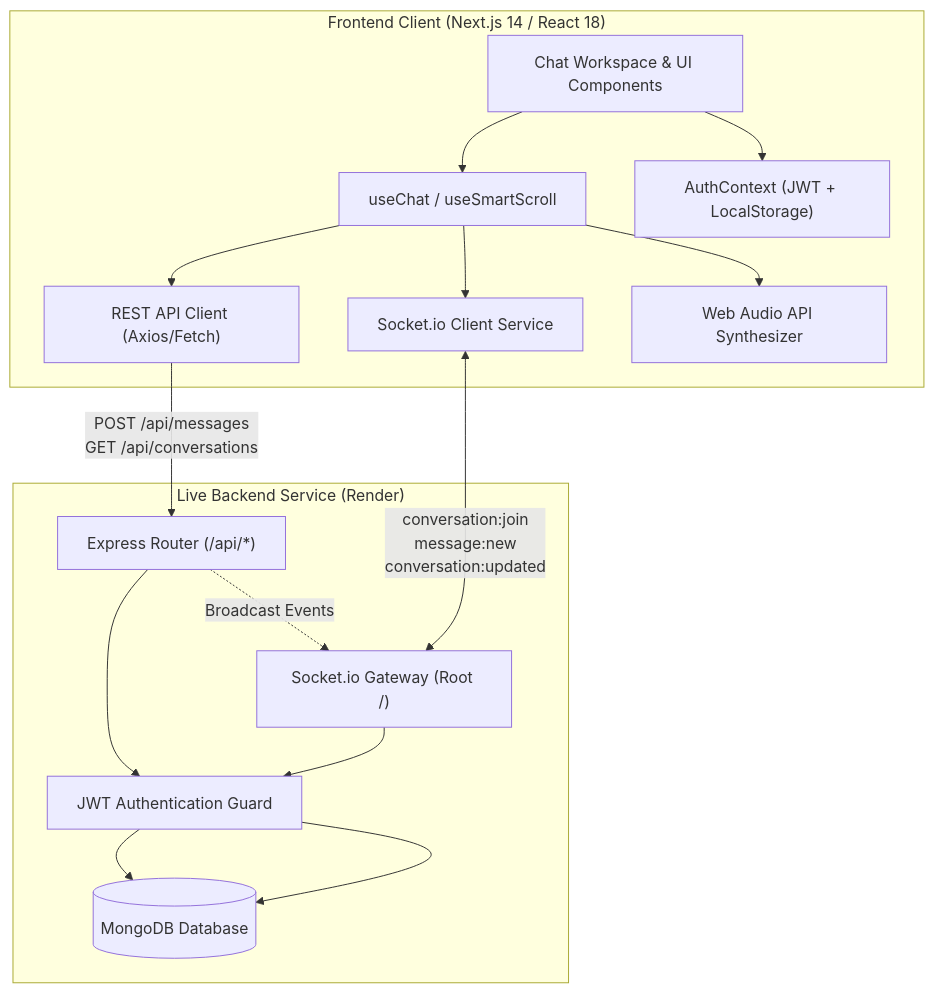
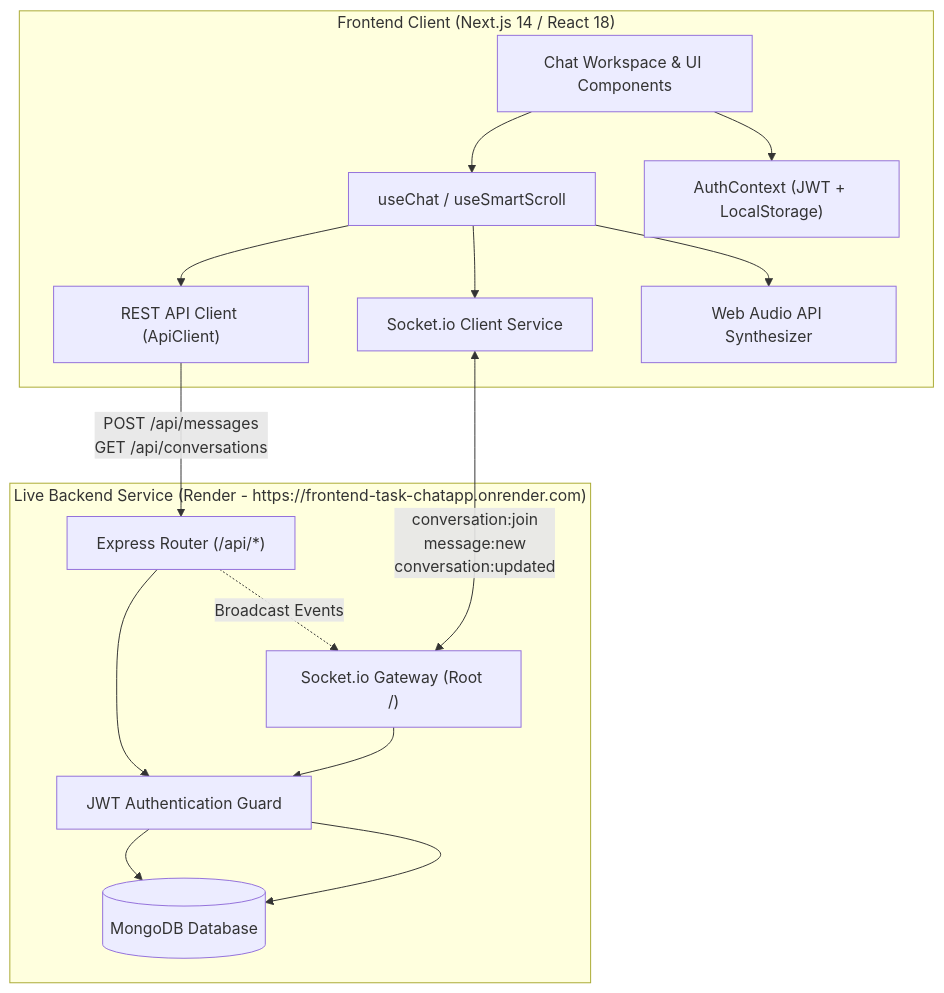
Before and after one commit to dev-abib/home-assignment: the diagram in PROJECT_OVERVIEW_AND_ARCHITECTURE.md, drawn with Mermaid. The commit also changed other lines of this file and 20 other files, not shown here.

Commit message:
chore: remove local backend, frontend now targets live Render API exclusively

````diff
--- a/PROJECT_OVERVIEW_AND_ARCHITECTURE.md
+++ b/PROJECT_OVERVIEW_AND_ARCHITECTURE.md
@@ -42,31 +42,31 @@
 ```mermaid
 flowchart TB
     subgraph Client ["Frontend Client (Next.js 14 / React 18)"]
         UI["Chat Workspace & UI Components"]
         Hooks["useChat / useSmartScroll"]
         Auth["AuthContext (JWT + LocalStorage)"]
         SoundEngine["Web Audio API Synthesizer"]
         SocketClient["Socket.io Client Service"]
-        RestClient["REST API Client (Axios/Fetch)"]
+        RestClient["REST API Client (ApiClient)"]
     end
 
-    subgraph Backend ["Live Backend Service (Render)"]
+    subgraph Backend ["Live Backend Service (Render - https://frontend-task-chatapp.onrender.com)"]
         RestRouter["Express Router (/api/*)"]
         SocketServer["Socket.io Gateway (Root /)"]
         AuthMiddleware["JWT Authentication Guard"]
         MongoDb[(MongoDB Database)]
     end
 
     UI --> Hooks
     Hooks --> RestClient
     Hooks --> SocketClient
     Hooks --> SoundEngine
     UI --> Auth
 
     RestClient -->|"POST /api/messages\nGET /api/conversations"| RestRouter
     SocketClient <-->|"conversation:join\nmessage:new\nconversation:updated"| SocketServer
 
     RestRouter --> AuthMiddleware --> MongoDb
     SocketServer --> AuthMiddleware --> MongoDb
     RestRouter -.->|"Broadcast Events"| SocketServer
 ```
````
